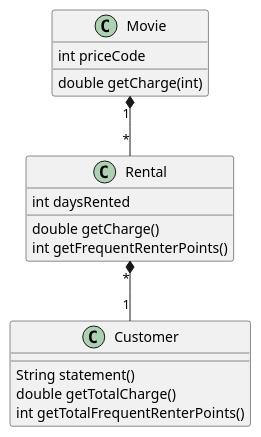
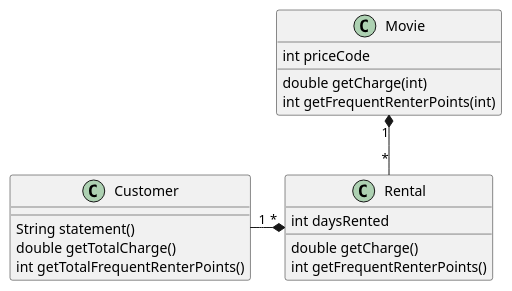
Before and after one commit to rony76/martin-fowler-example: the diagram in src/main/resources/MovieRentalCustomer.puml, drawn with PlantUML. The commit also changed 2 other files, not shown here.

Commit message:
Move Method: Movie.getFrequentRenterPoints(int)

```diff
--- a/src/main/resources/MovieRentalCustomer.puml
+++ b/src/main/resources/MovieRentalCustomer.puml
@@ -1,23 +1,24 @@
 @startuml
 
 Movie "1" *-- "*" Rental
-Rental "*" *-- "1" Customer
+Customer "1" -* "*" Rental
 
 class Movie {
     int priceCode
     double getCharge(int)
+    int getFrequentRenterPoints(int)
 }
 
 class Rental {
     int daysRented
     double getCharge()
     int getFrequentRenterPoints()
 }
 
 class Customer {
     String statement()
     double getTotalCharge()
     int getTotalFrequentRenterPoints()
 }
 
 @enduml
```
